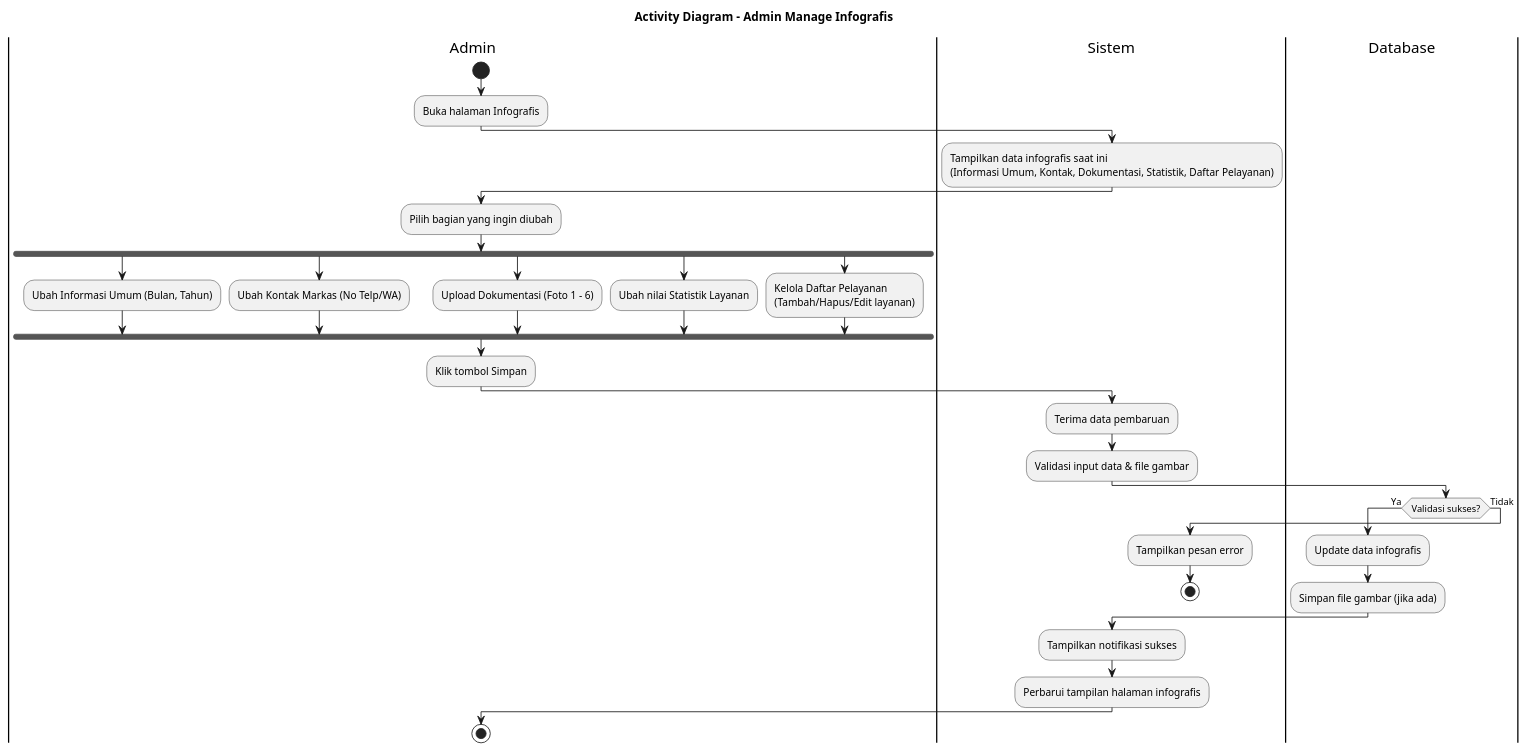
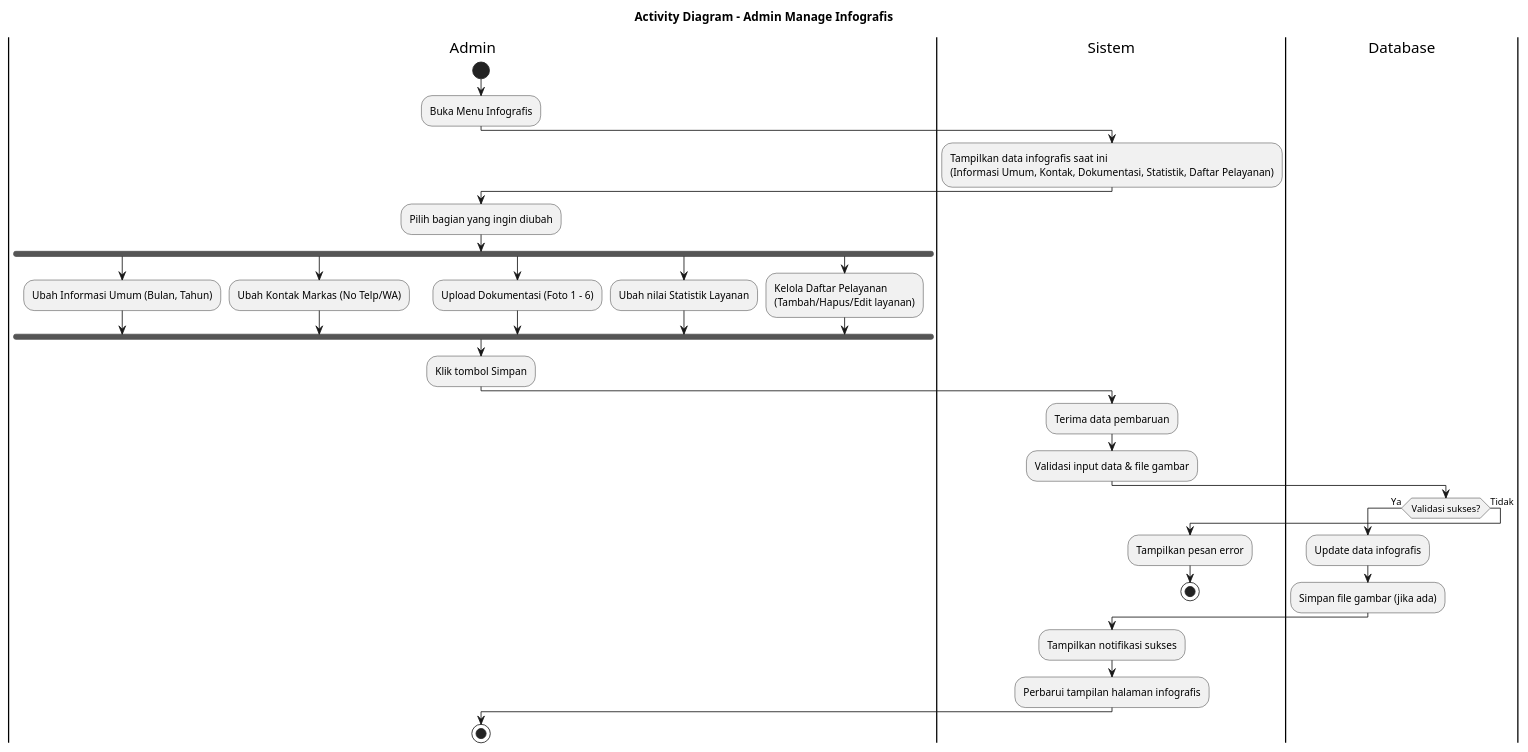
The diagram in diagram/activitydiagram_admin_manage_infografis.puml (jaddu17/capstonepmikp), drawn with PlantUML before and after one commit. The commit also changed 20 other files, not shown here.

```diff
--- a/diagram/activitydiagram_admin_manage_infografis.puml
+++ b/diagram/activitydiagram_admin_manage_infografis.puml
@@ -1,49 +1,49 @@
 @startuml ACTIVITY_DIAGRAM_ADMIN_MANAGE_INFOGRAFIS
 title Activity Diagram - Admin Manage Infografis
 
 |Admin|
 start
-:Buka halaman Infografis;
+:Buka Menu Infografis;
 
 |Sistem|
 :Tampilkan data infografis saat ini
 (Informasi Umum, Kontak, Dokumentasi, Statistik, Daftar Pelayanan);
 
 |Admin|
 :Pilih bagian yang ingin diubah;
 fork
   :Ubah Informasi Umum (Bulan, Tahun);
 fork again
   :Ubah Kontak Markas (No Telp/WA);
 fork again
   :Upload Dokumentasi (Foto 1 - 6);
 fork again
   :Ubah nilai Statistik Layanan;
 fork again
   :Kelola Daftar Pelayanan
   (Tambah/Hapus/Edit layanan);
 end fork
 :Klik tombol Simpan;
 
 |Sistem|
 :Terima data pembaruan;
 :Validasi input data & file gambar;
 
 |Database|
 if (Validasi sukses?) then (Ya)
   :Update data infografis;
   :Simpan file gambar (jika ada);
 else (Tidak)
   |Sistem|
   :Tampilkan pesan error;
   stop
 endif
 
 |Sistem|
 :Tampilkan notifikasi sukses;
 :Perbarui tampilan halaman infografis;
 
 |Admin|
 stop
 
 @enduml
```
